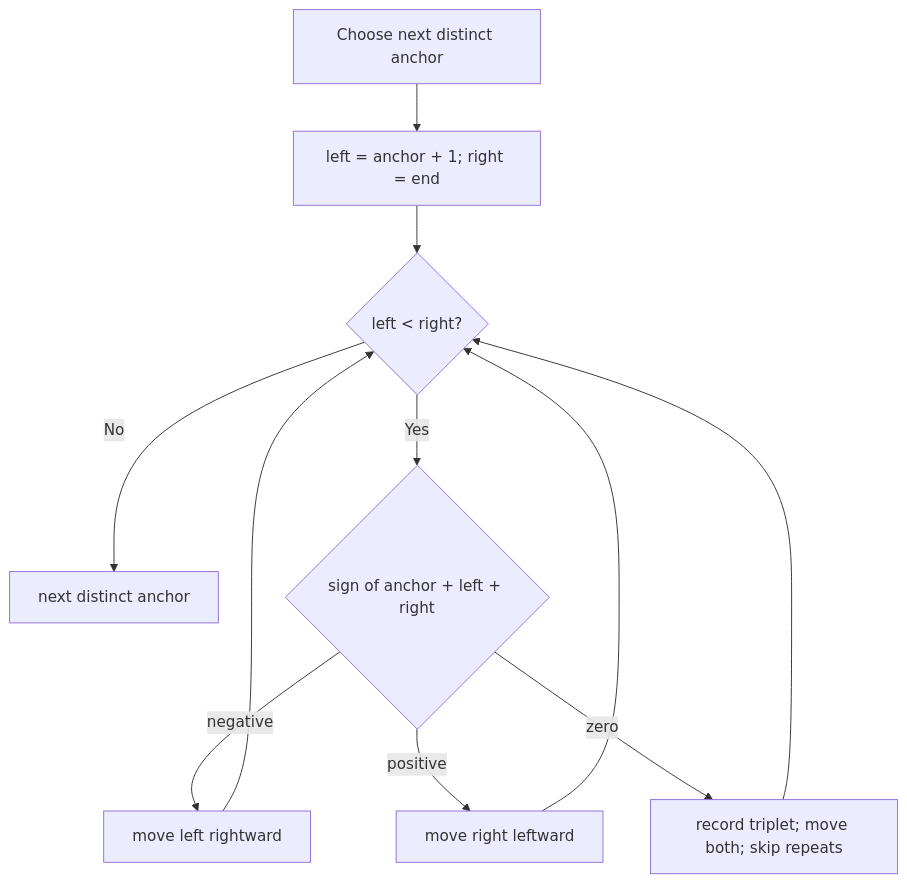
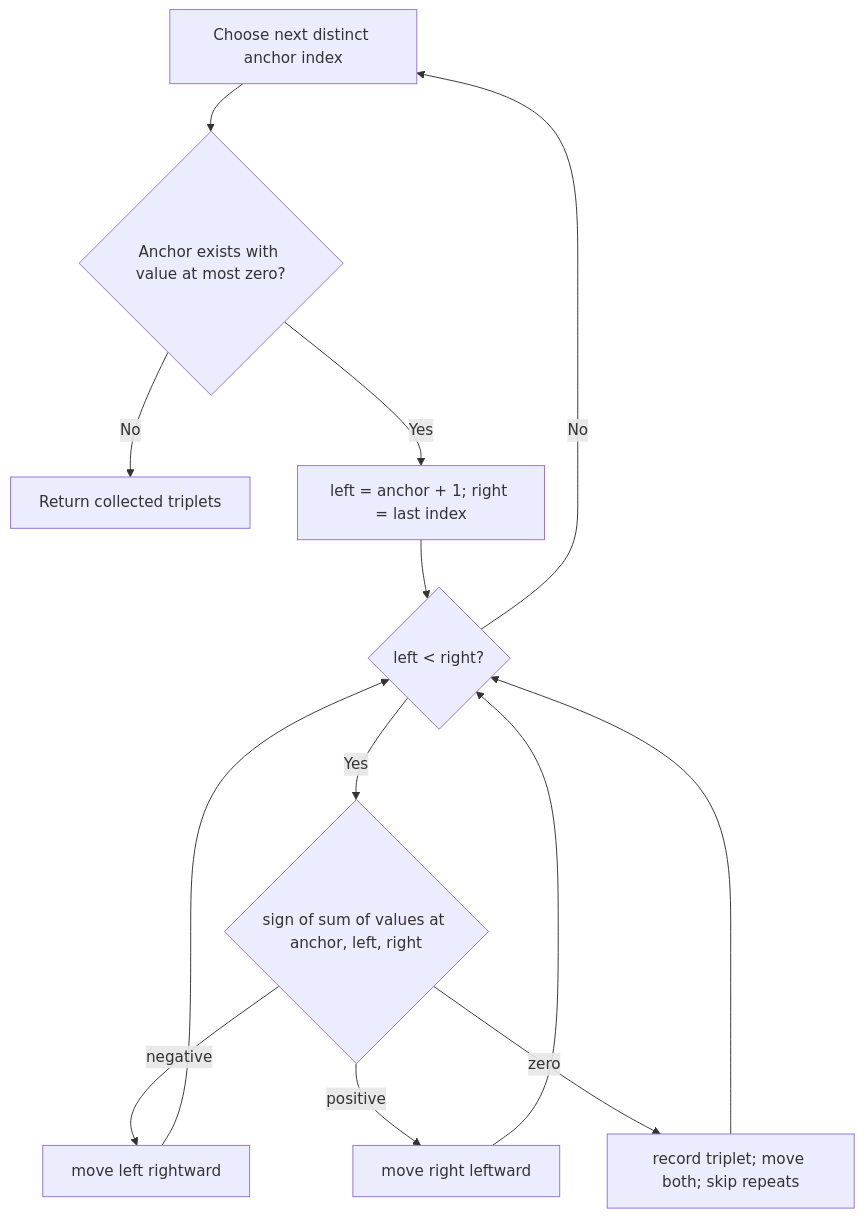
The diagram in recall/ThreeSum.md (albihasani94/neetcode150), drawn with Mermaid before and after one commit. The commit also changed other lines of this file and 22 other files, not shown here.

````diff
--- a/recall/ThreeSum.md
+++ b/recall/ThreeSum.md
@@ -21,13 +21,15 @@
 ```mermaid
 flowchart TD
-    A["Choose next distinct anchor"] --> P["left = anchor + 1; right = end"]
+    A["Choose next distinct anchor index"] --> Q{"Anchor exists with value at most zero?"}
+    Q -->|No| Done["Return collected triplets"]
+    Q -->|Yes| P["left = anchor + 1; right = last index"]
     P --> W{"left < right?"}
-    W -->|No| N["next distinct anchor"]
-    W -->|Yes| C{"sign of anchor + left + right"}
+    W -->|No| A
+    W -->|Yes| C{"sign of sum of values at anchor, left, right"}
     C -->|negative| L["move left rightward"]
     C -->|positive| R["move right leftward"]
     C -->|zero| H["record triplet; move both; skip repeats"]
     L --> W
     R --> W
     H --> W
 ```
````
